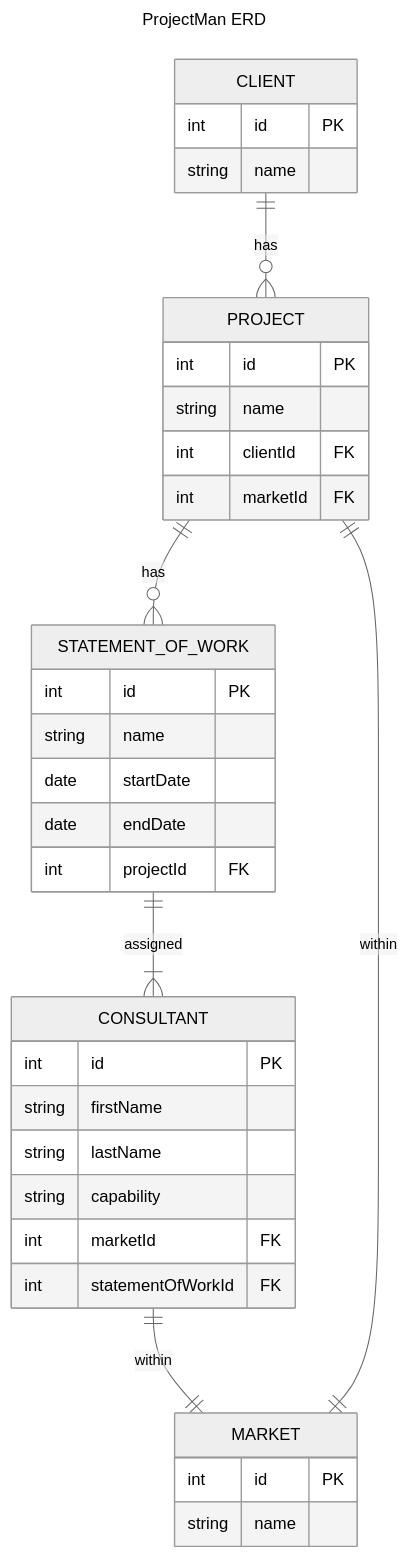
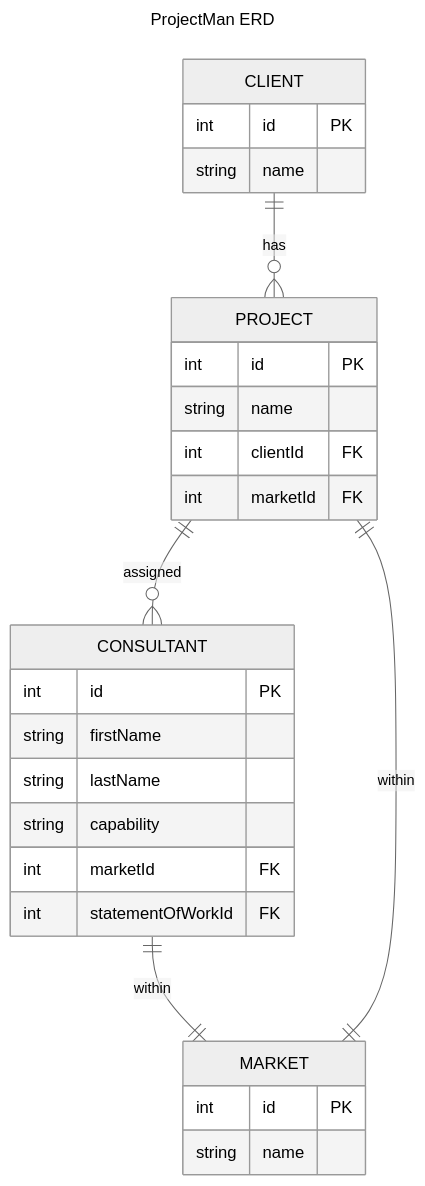
The diagram in documentation/erd.mermaid (joseeliaschavez/java-rest-api-template), drawn with Mermaid (neutral theme) before and after one commit. The commit also changed 2 other files, not shown here.

Commit message:
Updated ERD to remove STATEMENT_OF_WORK

```diff
--- a/documentation/erd.mermaid
+++ b/documentation/erd.mermaid
@@ -1,38 +1,30 @@
 ---
 title: ProjectMan ERD
 ---
 erDiagram
     CLIENT ||--o{ PROJECT : has
     CLIENT {
         int id PK
         string name
     }
     PROJECT {
         int id PK
         string name
         int clientId FK
         int marketId FK
     }
-    PROJECT ||--o{ STATEMENT_OF_WORK : has
-    STATEMENT_OF_WORK {
-        int id PK
-        string name
-        date startDate
-        date endDate
-        int projectId FK
-    }
-    STATEMENT_OF_WORK ||--|{ CONSULTANT : assigned
+    PROJECT ||--o{ CONSULTANT : assigned
     CONSULTANT {
         int id PK
         string firstName
         string lastName
         string capability
         int marketId FK
         int statementOfWorkId FK
     }
     CONSULTANT ||--|| MARKET : within
     PROJECT ||--|| MARKET : within
     MARKET {
         int id PK
         string name
     }
```
